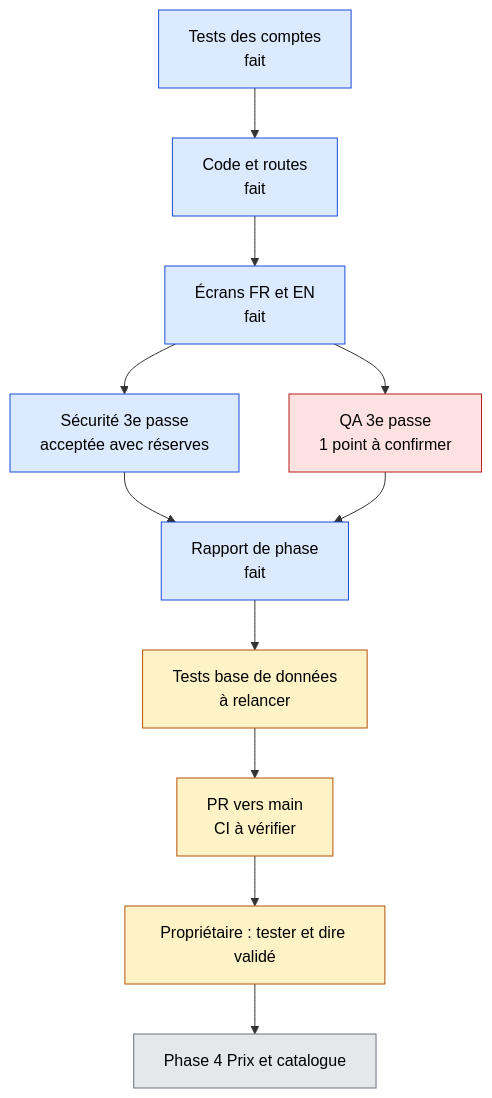
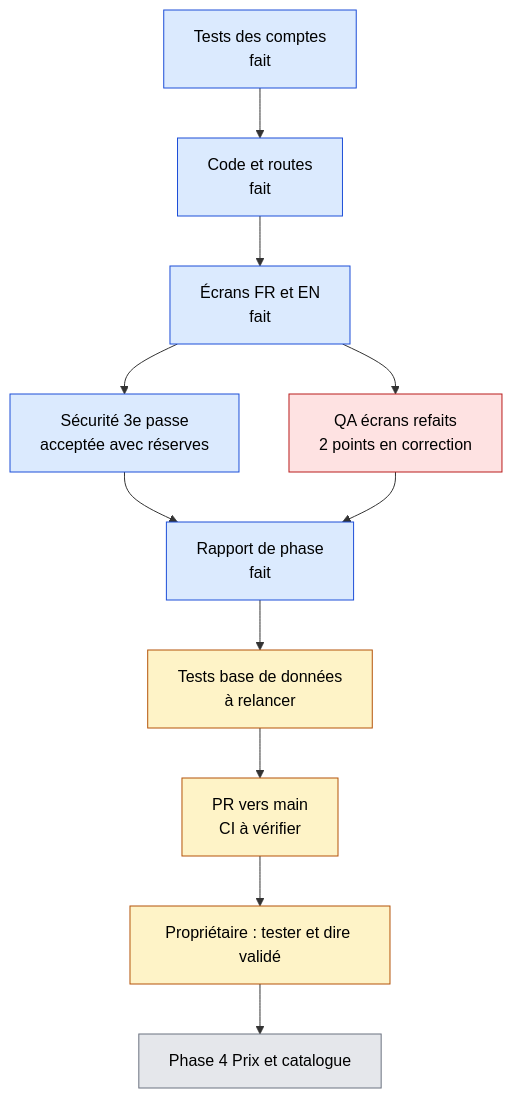
The fourth of 5 diagrams in docs/reports/TABLEAU-DE-BORD.md (lyon32/lyonpanel), drawn with Mermaid before and after one commit. The commit also changed other lines of this file and 198 other files, not shown here.

````diff
--- a/docs/reports/TABLEAU-DE-BORD.md
+++ b/docs/reports/TABLEAU-DE-BORD.md
@@ -91,21 +91,21 @@
 ```mermaid
 flowchart TD
   TS["Tests des comptes<br/>fait"] --> CO["Code et routes<br/>fait"]
   CO --> DE["Écrans FR et EN<br/>fait"]
   DE --> SE["Sécurité 3e passe<br/>acceptée avec réserves"]
-  DE --> QA["QA 3e passe<br/>1 point à confirmer"]
+  DE --> QA["QA écrans refaits<br/>2 points en correction"]
   SE --> RA["Rapport de phase<br/>fait"]
   QA --> RA
   RA --> DB["Tests base de données<br/>à relancer"]
   DB --> PR["PR vers main<br/>CI à vérifier"]
   PR --> OWN["Propriétaire : tester et dire validé"]
   OWN --> NEXT["Phase 4 Prix et catalogue"]
   classDef fait fill:#DBEAFE,stroke:#1D4ED8,color:#000
   classDef attente fill:#FEF3C7,stroke:#B45309,color:#000
   classDef bloque fill:#FEE2E2,stroke:#B91C1C,color:#000
   classDef afaire fill:#E5E7EB,stroke:#6B7280,color:#000
   class TS,CO,DE,SE,RA fait
   class QA bloque
   class DB,PR,OWN attente
   class NEXT afaire
 ```
````
